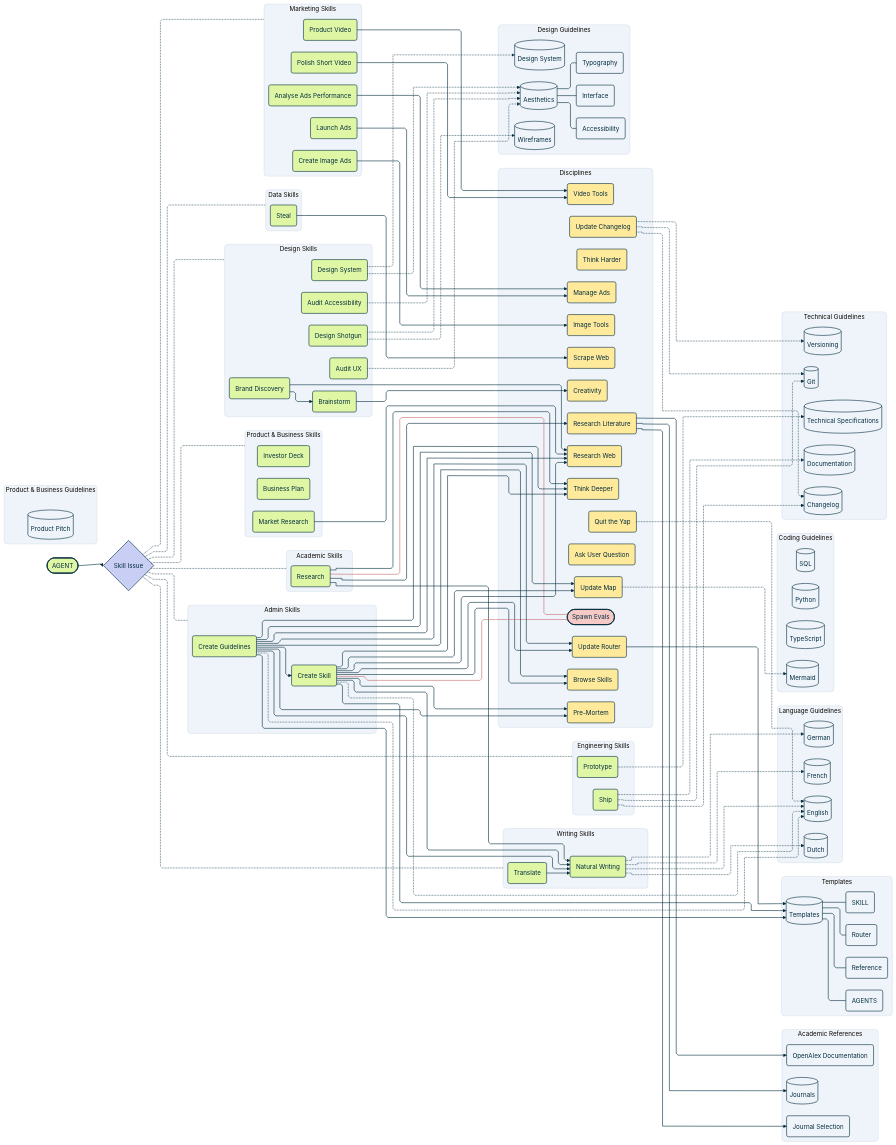
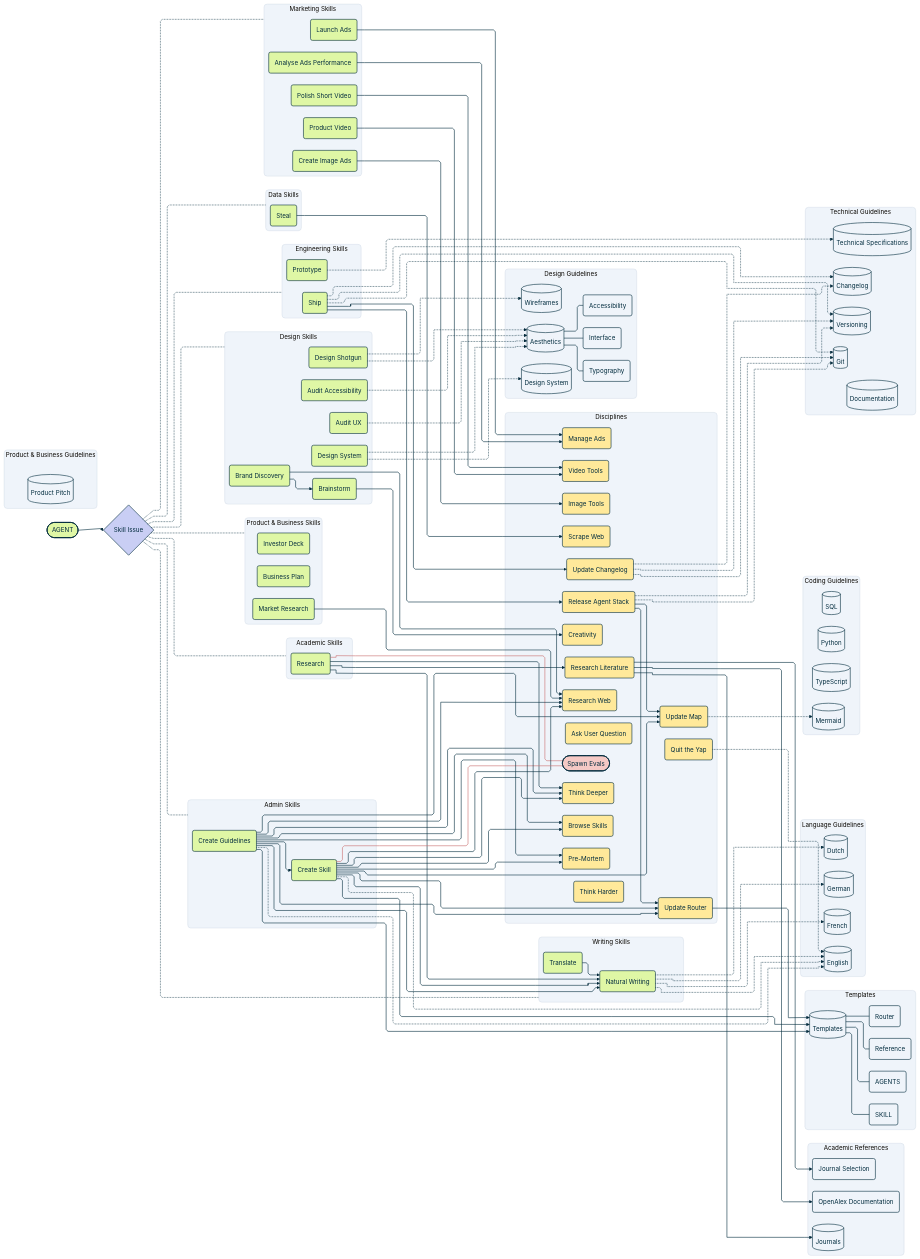
Before and after one commit to josuamittels/agent-stack: the diagram in map.mmd, drawn with Mermaid. The commit also changed 4 other files, not shown here.

```diff
--- a/map.mmd
+++ b/map.mmd
@@ -15,7 +15,7 @@
 %% Skill Issue is a decision diamond. Spawn Evals has a coral end node and muted red objective-check connections without arrowheads.
 %% Yellow rounded rectangles: disciplines. Incoming guideline arrows are dashed; internal guideline connections are plain solid lines.
 %% Think Harder and Ask User Question run by default and have no relationship lines.
-%% Skills with meaningful objective checks show runtime and package-preparation links to Spawn Evals.
+%% Skills that invoke Spawn Evals show runtime and package-preparation links to it.
 %% Gray cylinders: knowledge stores. Gray rounded documents: individual files.
 %% Subgraphs group resources. Connections show organization or source references.
 %% Flow determines columns; prefer short, direct routes with few crossings and bends.
@@ -93,6 +93,7 @@
         quit_the_yap("Quit the Yap")
         update_map("Update Map")
         update_router("Update Router")
+        release_agent_stack("Release Agent Stack")
         research_web("Research Web")
         research_literature("Research Literature")
         scrape_web("Scrape Web")
@@ -206,9 +207,15 @@
     audit_accessibility -.-> aesthetics
     brand_discovery --> brainstorm
     brand_discovery --> research_web
+    ship --> update_changelog
+    ship --> release_agent_stack
     ship -.-> git
+    ship -.-> versioning
     ship -.-> changelog
-    ship -.-> docs
+    release_agent_stack -.-> git
+    release_agent_stack -.-> versioning
+    release_agent_stack --> update_map
+    release_agent_stack --> update_router
     prototype -.-> tech_spec
 
     classDef entry fill:#DFF7A5,stroke:#002B3D,color:#002B3D,stroke-width:2px
@@ -220,7 +227,7 @@
     classDef knowledge fill:#EFF4FA,stroke:#002B3D,color:#002B3D,stroke-width:1.5px
     classDef document fill:#EFF4FA,stroke:#002B3D,color:#002B3D,stroke-width:1.5px
     classDef section rx:8px,ry:8px
-    class ask_user_question,think_harder,think_deeper,pre_mortem,browse_skills,update_changelog,quit_the_yap,update_map,update_router,research_web,scrape_web,research_literature,manage_ads,creativity,image_tools,video_tools method;
+    class ask_user_question,think_harder,think_deeper,pre_mortem,browse_skills,update_changelog,quit_the_yap,update_map,update_router,release_agent_stack,research_web,scrape_web,research_literature,manage_ads,creativity,image_tools,video_tools method;
     class skill_issue decision
     class prepare_target_eval,eval_research evaluation_link
     class spawn_evals evaluation
```
